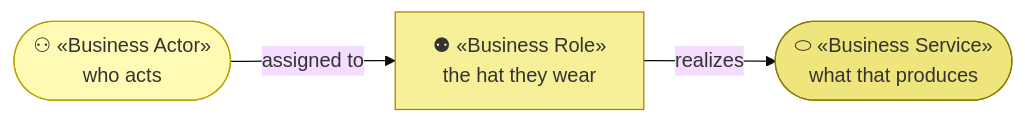
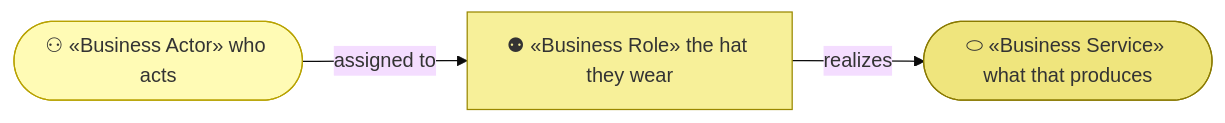
Before and after one commit to roanboc/architecture-archreator: the first of 2 diagrams in product-archreator/site/architecture/2_business/1_business-actors-and-roles.md, drawn with Mermaid (base theme). The commit also changed other lines of this file and 38 other files, not shown here.

````diff
--- a/product-archreator/site/architecture/2_business/1_business-actors-and-roles.md
+++ b/product-archreator/site/architecture/2_business/1_business-actors-and-roles.md
@@ -13,13 +13,13 @@
 ```mermaid
 flowchart LR
-  act(["⚇ «Business Actor»<br>who acts"]):::actor
-  role["⚉ «Business Role»<br>the hat they wear"]:::role
-  svc(["⬭ «Business Service»<br>what that produces"]):::service
+  act(["⚇ «Business Actor» who acts"]):::actor
+  role["⚉ «Business Role» the hat they wear"]:::role
+  svc(["⬭ «Business Service» what that produces"]):::service
 
   act -->|assigned to| role
   role -->|realizes| svc
 
   classDef actor fill:#fffbb5,stroke:#b8a200,color:#333
   classDef role fill:#f7f099,stroke:#9a8800,color:#333
   classDef service fill:#efe57d,stroke:#8a7a00,color:#333
 ```
````
